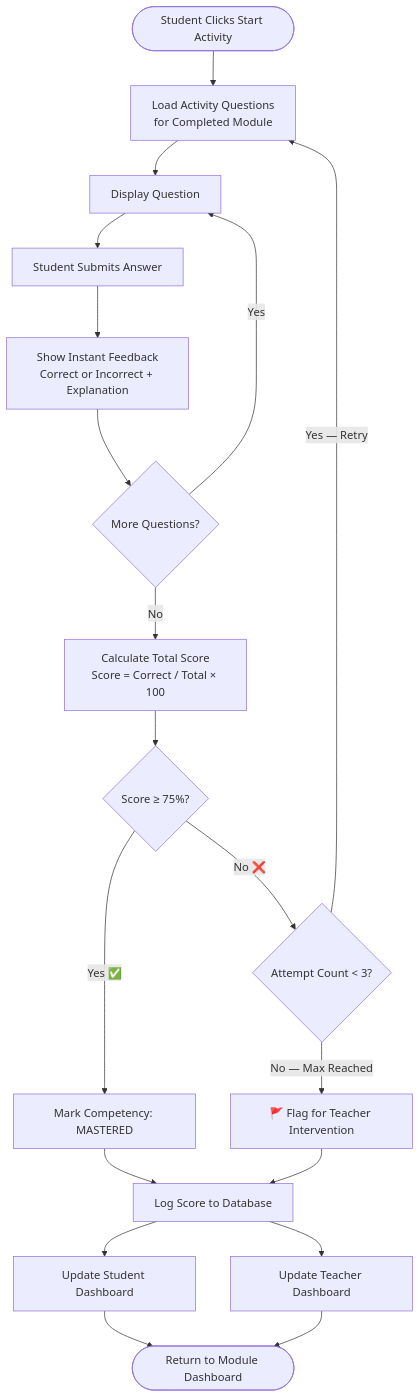
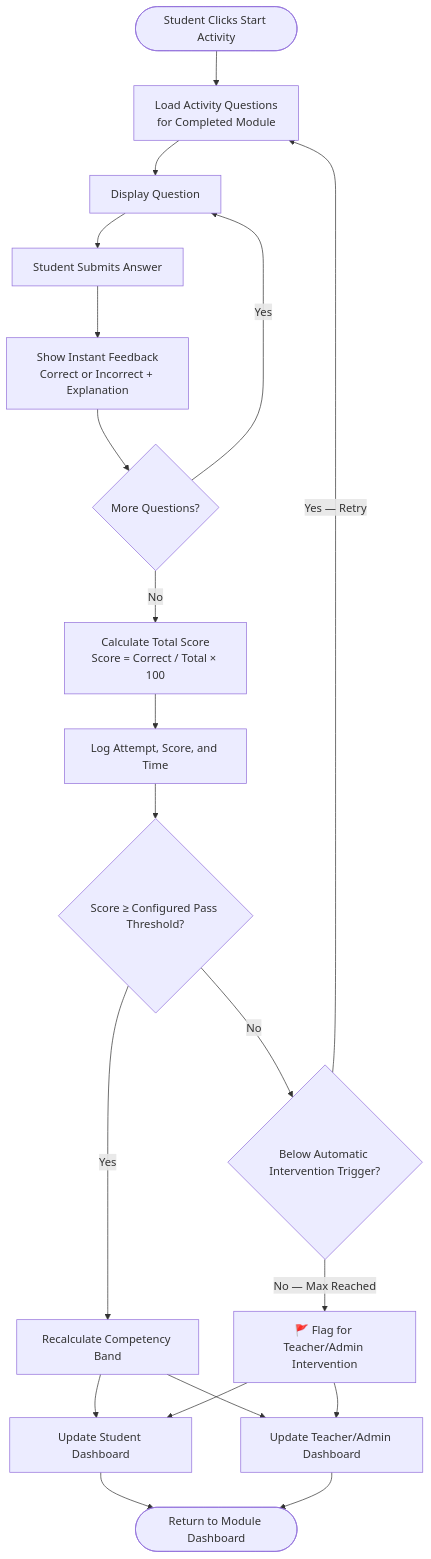
One commit to MathSmart-Systems/MathSmart-AI-Powered-Interactice-Learning-System changed the sixth of 12 diagrams in docs/DIAGRAMS.md. Above: the diagram before and after it, drawn with Mermaid. The commit also changed other lines of this file and 108 other files, not shown here.

````diff
--- a/docs/DIAGRAMS.md
+++ b/docs/DIAGRAMS.md
@@ -146,20 +198,21 @@
 ```mermaid
 flowchart TD
     A([Student Clicks Start Activity]) --> B[Load Activity Questions\nfor Completed Module]
     B --> C[Display Question]
     C --> D[Student Submits Answer]
     D --> E[Show Instant Feedback\nCorrect or Incorrect + Explanation]
     E --> F{More Questions?}
     F -->|Yes| C
     F -->|No| G[Calculate Total Score\nScore = Correct / Total × 100]
-    G --> H{Score ≥ 75%?}
-    H -->|Yes ✅| I[Mark Competency: MASTERED]
-    H -->|No ❌| J{Attempt Count < 3?}
+    G --> L[Log Attempt, Score, and Time]
+    L --> H{Score ≥ Configured Pass Threshold?}
+    H -->|Yes| I[Recalculate Competency Band]
+    H -->|No| J{Below Automatic Intervention Trigger?}
     J -->|Yes — Retry| B
-    J -->|No — Max Reached| K[🚩 Flag for Teacher Intervention]
-    I --> L[Log Score to Database]
-    K --> L
-    L --> M[Update Student Dashboard]
-    L --> N[Update Teacher Dashboard]
+    J -->|No — Max Reached| K[🚩 Flag for Teacher/Admin Intervention]
+    I --> M[Update Student Dashboard]
+    K --> M
+    I --> N[Update Teacher/Admin Dashboard]
+    K --> N
     M & N --> O([Return to Module Dashboard])
 ```
````
